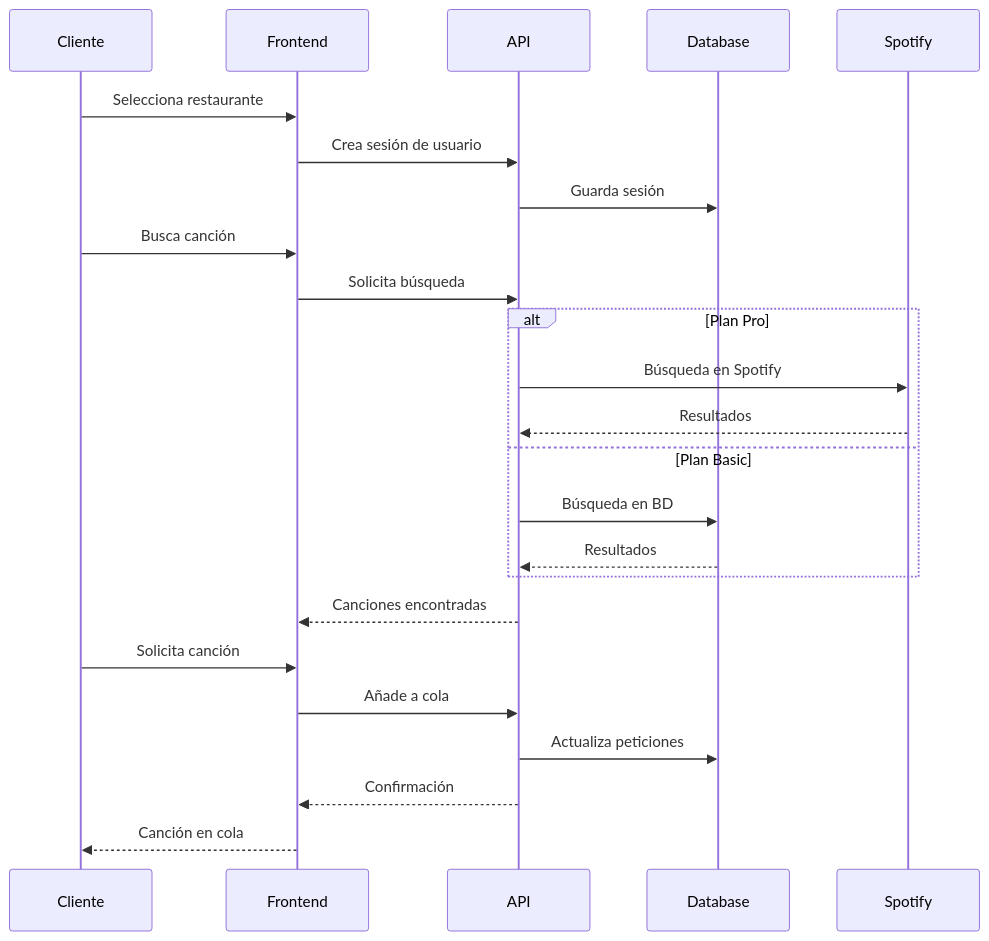
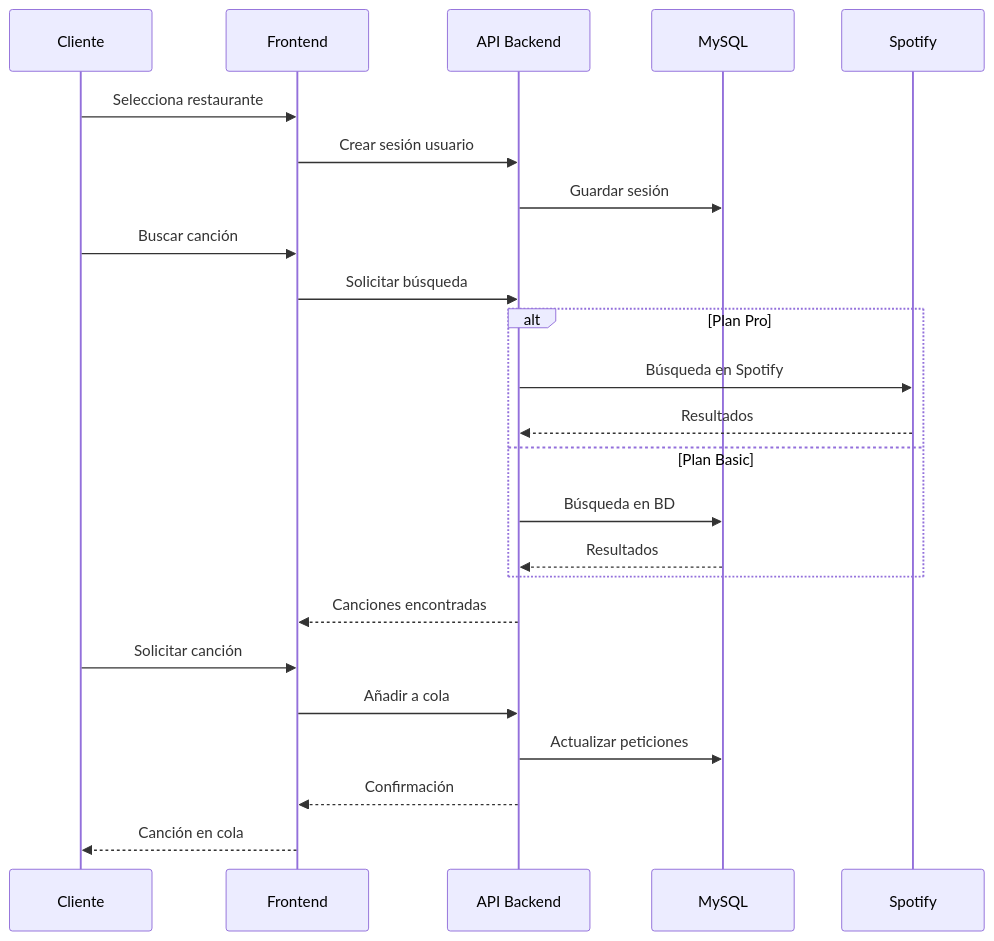
The second of 2 diagrams in README.md (BryanCodeDev/restaurant-music-app), drawn with Mermaid before and after one commit. The commit also changed other lines of this file and 22 other files, not shown here.

````diff
--- a/README.md
+++ b/README.md
@@ -93,29 +105,29 @@
 ```mermaid
 sequenceDiagram
     participant C as Cliente
     participant F as Frontend
-    participant A as API
-    participant DB as Database
+    participant A as API Backend
+    participant DB as MySQL
     participant S as Spotify
-    
+
     C->>F: Selecciona restaurante
-    F->>A: Crea sesión de usuario
-    A->>DB: Guarda sesión
-    
-    C->>F: Busca canción
-    F->>A: Solicita búsqueda
+    F->>A: Crear sesión usuario
+    A->>DB: Guardar sesión
+
+    C->>F: Buscar canción
+    F->>A: Solicitar búsqueda
     alt Plan Pro
         A->>S: Búsqueda en Spotify
         S-->>A: Resultados
     else Plan Basic
         A->>DB: Búsqueda en BD
         DB-->>A: Resultados
     end
     A-->>F: Canciones encontradas
-    
-    C->>F: Solicita canción
-    F->>A: Añade a cola
-    A->>DB: Actualiza peticiones
+
+    C->>F: Solicitar canción
+    F->>A: Añadir a cola
+    A->>DB: Actualizar peticiones
     A-->>F: Confirmación
     F-->>C: Canción en cola
 ```
````
